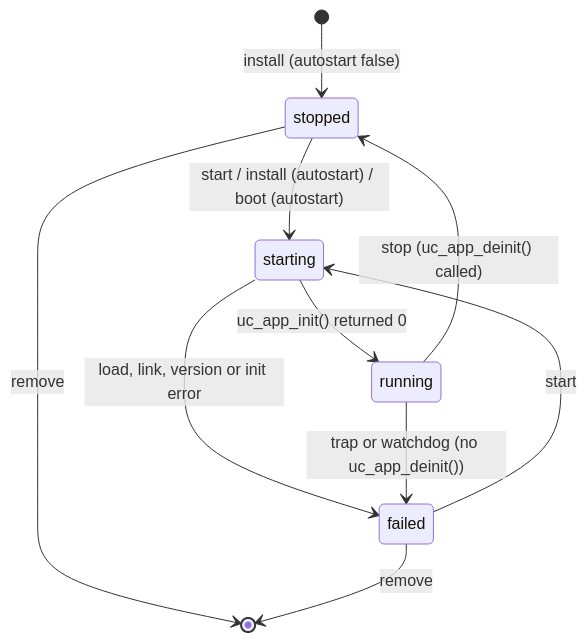
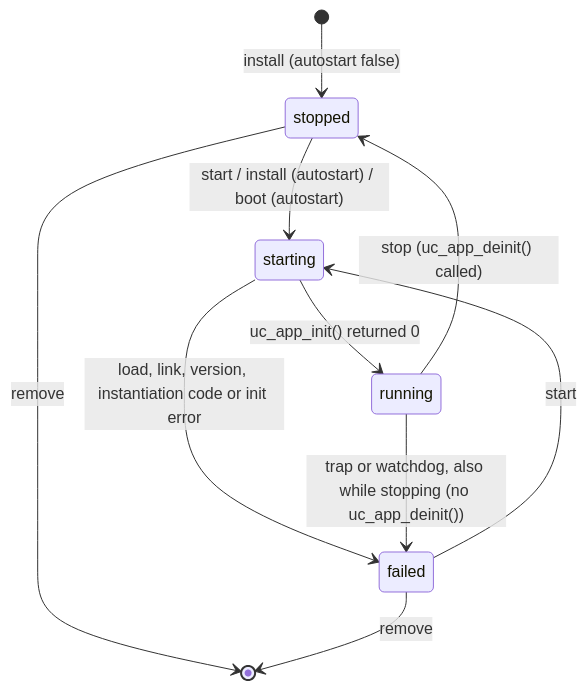
One commit to IlijaVorontsov/BACNet-uc changed the first of 2 diagrams in docs/wasm-runtime.md. Above: the diagram before and after it, drawn with Mermaid. The commit also changed other lines of this file, not shown here.

````diff
--- a/docs/wasm-runtime.md
+++ b/docs/wasm-runtime.md
@@ -147,12 +147,12 @@
 ```mermaid
 stateDiagram-v2
     [*] --> stopped: install (autostart false)
     stopped --> starting: start / install (autostart) / boot (autostart)
     starting --> running: uc_app_init() returned 0
-    starting --> failed: load, link, version or init error
+    starting --> failed: load, link, version, instantiation code or init error
     running --> stopped: stop (uc_app_deinit() called)
-    running --> failed: trap or watchdog (no uc_app_deinit())
+    running --> failed: trap or watchdog, also while stopping (no uc_app_deinit())
     failed --> starting: start
     stopped --> [*]: remove
     failed --> [*]: remove
 ```
````
